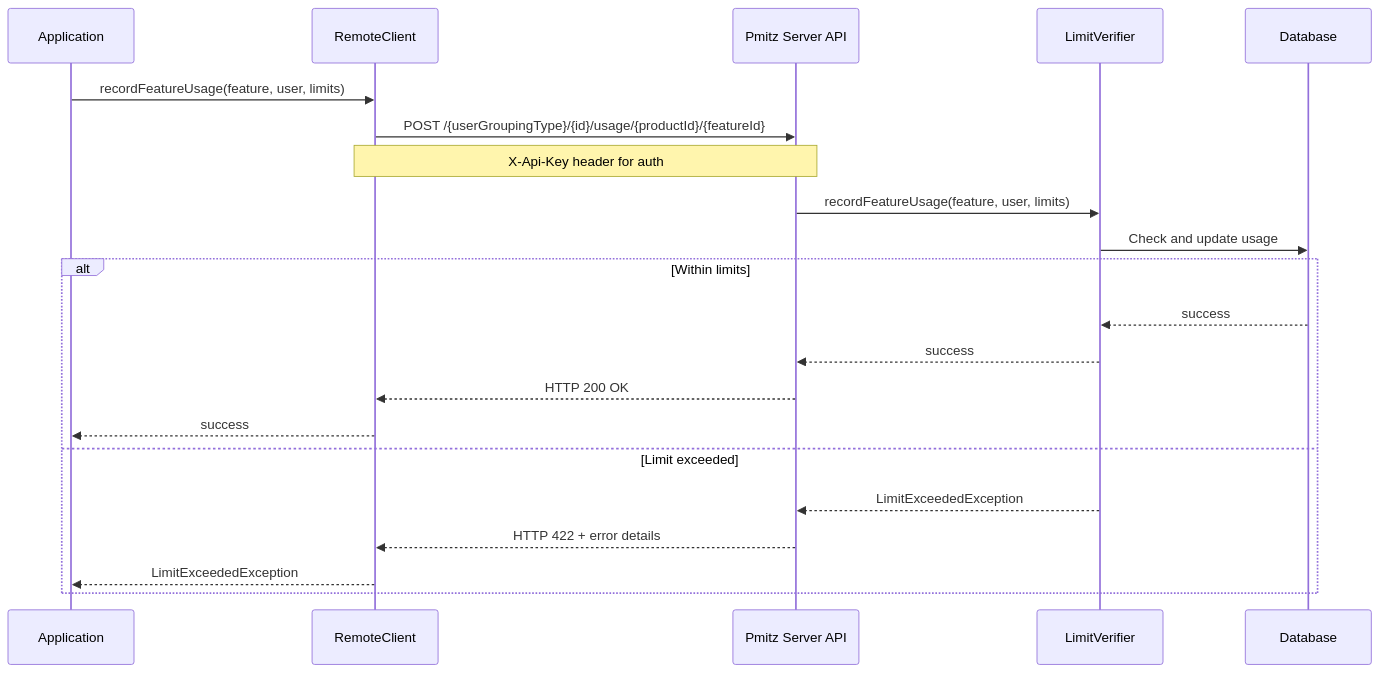
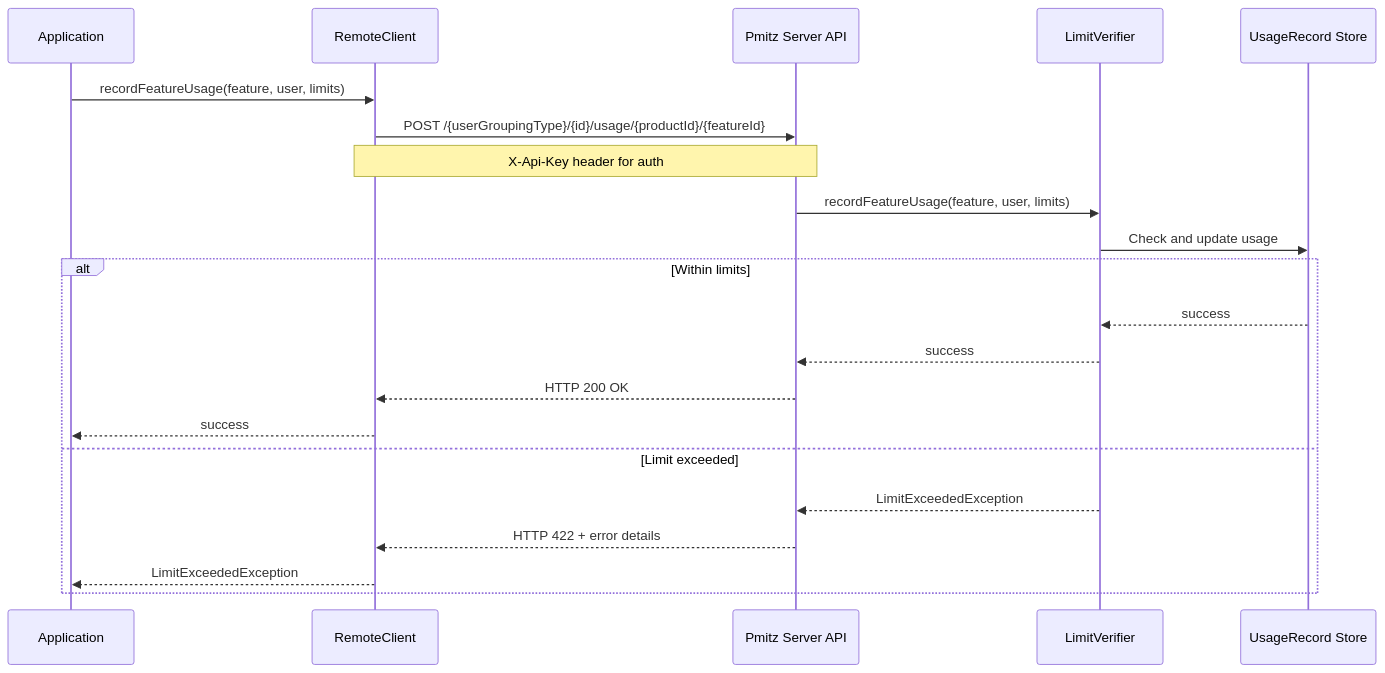
Before and after one commit to terpomo-io/pmitz: the fourth of 4 diagrams in docs/local-vs-remote-modes.md, drawn with Mermaid. The commit also changed other lines of this file, not shown here.

````diff
--- a/docs/local-vs-remote-modes.md
+++ b/docs/local-vs-remote-modes.md
@@ -99,24 +97,24 @@
 ```mermaid
 sequenceDiagram
     participant App as Application
     participant RC as RemoteClient
     participant API as Pmitz Server API
     participant LV as LimitVerifier
-    participant DB as Database
+    participant US as UsageRecord Store
 
     App->>RC: recordFeatureUsage(feature, user, limits)
     RC->>API: POST /{userGroupingType}/{id}/usage/{productId}/{featureId}
     Note over RC,API: X-Api-Key header for auth
     API->>LV: recordFeatureUsage(feature, user, limits)
-    LV->>DB: Check and update usage
+    LV->>US: Check and update usage
     alt Within limits
-        DB-->>LV: success
+        US-->>LV: success
         LV-->>API: success
         API-->>RC: HTTP 200 OK
         RC-->>App: success
     else Limit exceeded
         LV-->>API: LimitExceededException
         API-->>RC: HTTP 422 + error details
         RC-->>App: LimitExceededException
     end
 ```
````
